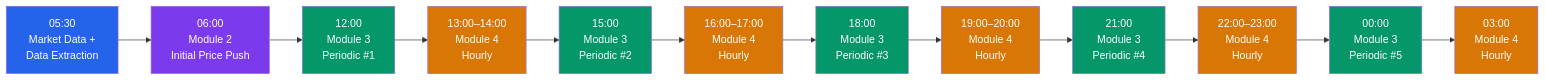
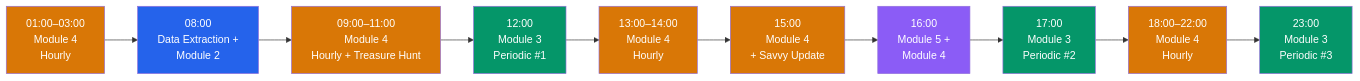
One commit to Maxab-Growth/Mustafa changed the second of 6 diagrams in README.md. Above: the diagram before and after it, drawn with Mermaid. The commit also changed other lines of this file, not shown here.

Commit message:
Update README schedules to match current scheduler config
Data Extraction + Module 2 at 8 AM, Module 3 at 12/5/11 PM, Module 4 on all remaining hours, Module 5 at 4 PM. Updated pipeline flow diagram, module detail schedules, and configuration table.

Made-with: Cursor

````diff
--- a/README.md
+++ b/README.md
@@ -87,27 +87,23 @@
 ```mermaid
 flowchart LR
-    A["05:30<br/>Market Data +<br/>Data Extraction"] --> B["06:00<br/>Module 2<br/>Initial Price Push"]
-    B --> C["12:00<br/>Module 3<br/>Periodic #1"]
-    C --> D["13:00–14:00<br/>Module 4<br/>Hourly"]
-    D --> E["15:00<br/>Module 3<br/>Periodic #2"]
-    E --> F["16:00–17:00<br/>Module 4<br/>Hourly"]
-    F --> G["18:00<br/>Module 3<br/>Periodic #3"]
-    G --> H["19:00–20:00<br/>Module 4<br/>Hourly"]
-    H --> I["21:00<br/>Module 3<br/>Periodic #4"]
-    I --> J["22:00–23:00<br/>Module 4<br/>Hourly"]
-    J --> K["00:00<br/>Module 3<br/>Periodic #5"]
-    K --> L["03:00<br/>Module 4<br/>Hourly"]
+    A["01:00–03:00<br/>Module 4<br/>Hourly"] --> B["08:00<br/>Data Extraction +<br/>Module 2"]
+    B --> C["09:00–11:00<br/>Module 4<br/>Hourly + Treasure Hunt"]
+    C --> D["12:00<br/>Module 3<br/>Periodic #1"]
+    D --> E["13:00–14:00<br/>Module 4<br/>Hourly"]
+    E --> F["15:00<br/>Module 4<br/>+ Savvy Update"]
+    F --> G["16:00<br/>Module 5 +<br/>Module 4"]
+    G --> H["17:00<br/>Module 3<br/>Periodic #2"]
+    H --> I["18:00–22:00<br/>Module 4<br/>Hourly"]
+    I --> J["23:00<br/>Module 3<br/>Periodic #3"]
 
-    style A fill:#2563eb,color:#fff
-    style B fill:#7c3aed,color:#fff
-    style C fill:#059669,color:#fff
-    style E fill:#059669,color:#fff
-    style G fill:#059669,color:#fff
-    style I fill:#059669,color:#fff
-    style K fill:#059669,color:#fff
-    style D fill:#d97706,color:#fff
+    style A fill:#d97706,color:#fff
+    style B fill:#2563eb,color:#fff
+    style C fill:#d97706,color:#fff
+    style D fill:#059669,color:#fff
+    style E fill:#d97706,color:#fff
     style F fill:#d97706,color:#fff
-    style H fill:#d97706,color:#fff
-    style J fill:#d97706,color:#fff
-    style L fill:#d97706,color:#fff
+    style G fill:#8b5cf6,color:#fff
+    style H fill:#059669,color:#fff
+    style I fill:#d97706,color:#fff
+    style J fill:#059669,color:#fff
 ```
````
